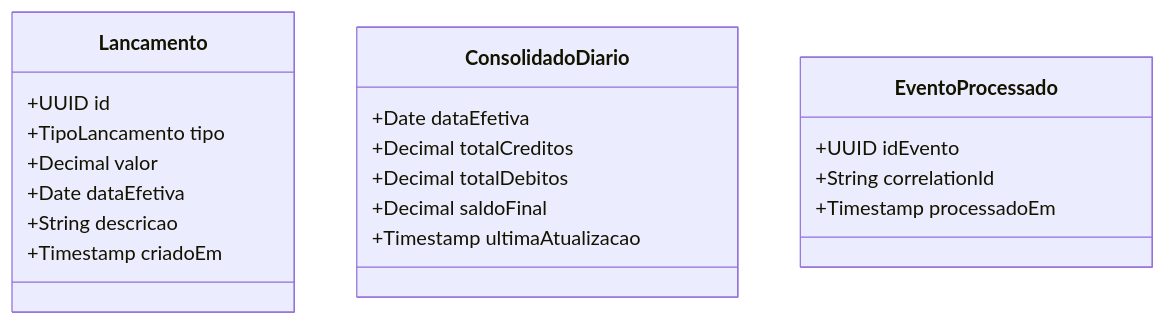
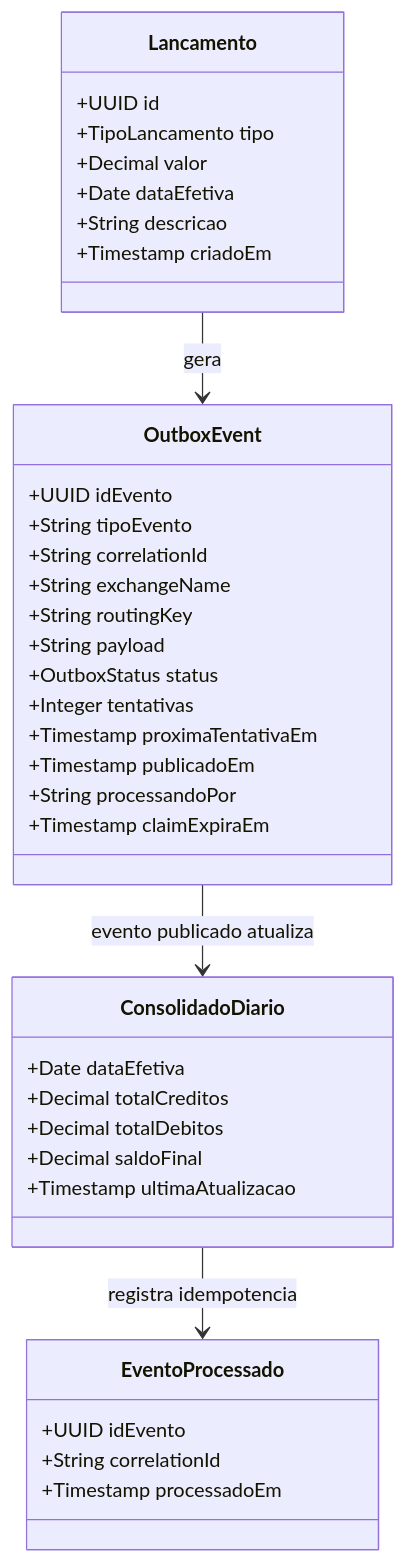
The diagram in docs/diagramas/mermaid/02-dominio.md (jbjares/servico-controle-lancamentos-consolidado), drawn with Mermaid before and after one commit. The commit also changed 97 other files, not shown here.

````diff
--- a/docs/diagramas/mermaid/02-dominio.md
+++ b/docs/diagramas/mermaid/02-dominio.md
@@ -1,25 +1,44 @@
 ```mermaid
 classDiagram
     class Lancamento {
         +UUID id
         +TipoLancamento tipo
         +Decimal valor
         +Date dataEfetiva
         +String descricao
         +Timestamp criadoEm
     }
 
     class ConsolidadoDiario {
         +Date dataEfetiva
         +Decimal totalCreditos
         +Decimal totalDebitos
         +Decimal saldoFinal
         +Timestamp ultimaAtualizacao
     }
 
+    class OutboxEvent {
+        +UUID idEvento
+        +String tipoEvento
+        +String correlationId
+        +String exchangeName
+        +String routingKey
+        +String payload
+        +OutboxStatus status
+        +Integer tentativas
+        +Timestamp proximaTentativaEm
+        +Timestamp publicadoEm
+        +String processandoPor
+        +Timestamp claimExpiraEm
+    }
+
     class EventoProcessado {
         +UUID idEvento
         +String correlationId
         +Timestamp processadoEm
     }
+
+    Lancamento --> OutboxEvent : gera
+    OutboxEvent --> ConsolidadoDiario : evento publicado atualiza
+    ConsolidadoDiario --> EventoProcessado : registra idempotencia
 ```
````
